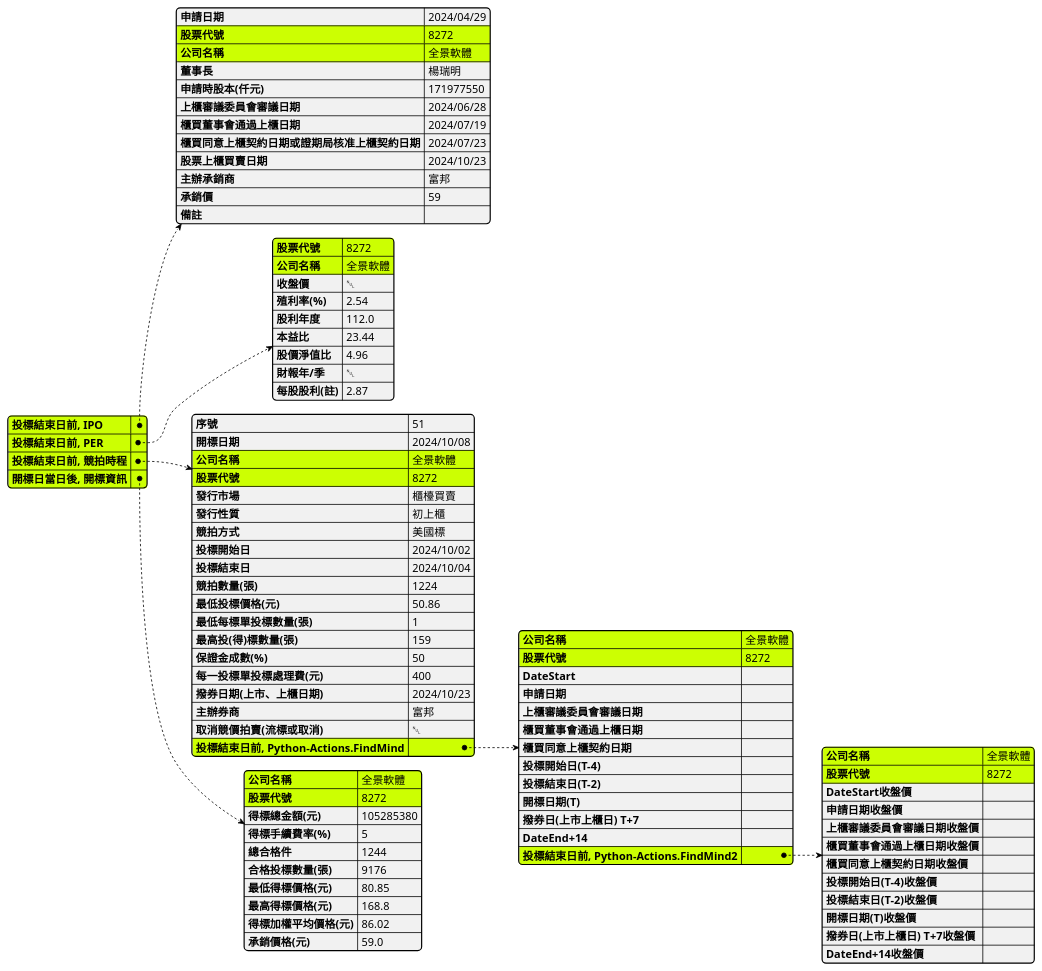
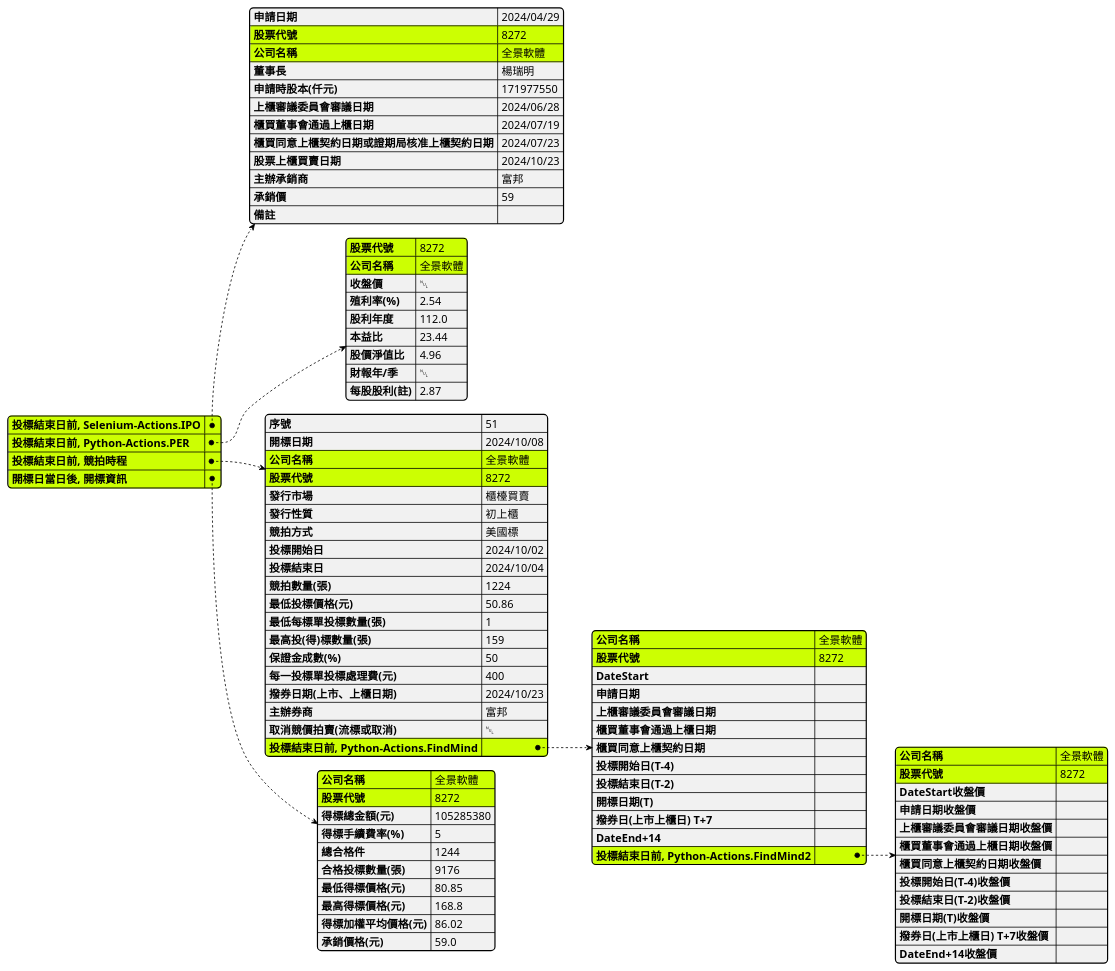
One commit to wenchiehlee/Selenium-Actions.Auction changed the diagram in IPO.plantuml. Above: the diagram before and after it, drawn with PlantUML.

```diff
--- a/IPO.plantuml
+++ b/IPO.plantuml
@@ -1,128 +1,128 @@
 @startjson
 
 skinparam BoxPadding 10
 skinparam actorStyle awesome
 skinparam LegendBorderThickness 1
 skinparam backgroundColor transparent
 
-#highlight  "投標結束日前, IPO"
+#highlight  "投標結束日前, Selenium-Actions.IPO"
 
-#highlight  "投標結束日前, IPO" / "股票代號"
-#highlight  "投標結束日前, IPO" / "公司名稱"
+#highlight  "投標結束日前, Selenium-Actions.IPO" / "股票代號"
+#highlight  "投標結束日前, Selenium-Actions.IPO" / "公司名稱"
 
-#highlight  "投標結束日前, PER"
+#highlight  "投標結束日前, Python-Actions.PER"
 
-#highlight  "投標結束日前, PER" / "股票代號"
-#highlight  "投標結束日前, PER" / "公司名稱"
+#highlight  "投標結束日前, Python-Actions.PER" / "股票代號"
+#highlight  "投標結束日前, Python-Actions.PER" / "公司名稱"
 
 #highlight  "投標結束日前, 競拍時程"
 
 #highlight  "投標結束日前, 競拍時程" / "股票代號"
 #highlight  "投標結束日前, 競拍時程" / "公司名稱"
 
 #highlight  "投標結束日前, 競拍時程" / "投標結束日前, Python-Actions.FindMind"
 
 #highlight  "投標結束日前, 競拍時程" / "投標結束日前, Python-Actions.FindMind" / "股票代號"
 #highlight  "投標結束日前, 競拍時程" / "投標結束日前, Python-Actions.FindMind" / "公司名稱"
 
 #highlight  "投標結束日前, 競拍時程" / "投標結束日前, Python-Actions.FindMind" / "投標結束日前, Python-Actions.FindMind2"
 
 #highlight  "投標結束日前, 競拍時程" / "投標結束日前, Python-Actions.FindMind" / "投標結束日前, Python-Actions.FindMind2" / "股票代號"
 #highlight  "投標結束日前, 競拍時程" / "投標結束日前, Python-Actions.FindMind" / "投標結束日前, Python-Actions.FindMind2" / "公司名稱"
 
 #highlight  "開標日當日後, 開標資訊"
 
 #highlight  "開標日當日後, 開標資訊" / "股票代號"
 #highlight  "開標日當日後, 開標資訊" / "公司名稱"
 
 
 {
-  "投標結束日前, IPO":     {
+  "投標結束日前, Selenium-Actions.IPO":     {
   "申請日期": "2024/04/29",
   "股票代號": "8272",
   "公司名稱": "全景軟體",
   "董事長": "楊瑞明",
   "申請時股本(仟元)": 171977550,
   "上櫃審議委員會審議日期": "2024/06/28",
   "櫃買董事會通過上櫃日期": "2024/07/19",
   "櫃買同意上櫃契約日期或證期局核准上櫃契約日期": "2024/07/23",
   "股票上櫃買賣日期": "2024/10/23",
   "主辦承銷商": "富邦",
   "承銷價": 59,
   "備註": ""
     },
 
-  "投標結束日前, PER":     {
+  "投標結束日前, Python-Actions.PER":     {
         "股票代號": "8272",
         "公司名稱": "全景軟體",
         "收盤價": null,
         "殖利率(%)": 2.54,
         "股利年度": 112.0,
         "本益比": 23.44,
         "股價淨值比": 4.96,
         "財報年/季": null,
         "每股股利(註)": 2.87
     },
   "投標結束日前, 競拍時程":     {
         "序號": 51,
         "開標日期": "2024/10/08",
         "公司名稱": "全景軟體",
         "股票代號": "8272",
         "發行市場": "櫃檯買賣",
         "發行性質": "初上櫃",
         "競拍方式": "美國標",
         "投標開始日": "2024/10/02",
         "投標結束日": "2024/10/04",
         "競拍數量(張)": 1224,
         "最低投標價格(元)": 50.86,
         "最低每標單投標數量(張)": 1,
         "最高投(得)標數量(張)": 159,
         "保證金成數(%)": 50,
         "每一投標單投標處理費(元)": 400,
         "撥券日期(上市、上櫃日期)": "2024/10/23",
         "主辦券商": "富邦",
         "取消競價拍賣(流標或取消)": null,
 
         "投標結束日前, Python-Actions.FindMind": {
         "公司名稱": "全景軟體",
         "股票代號": "8272",
         "DateStart":"",
         "申請日期": "",
         "上櫃審議委員會審議日期":"",
         "櫃買董事會通過上櫃日期":"",
         "櫃買同意上櫃契約日期":"",
         "投標開始日(T-4)":"",
         "投標結束日(T-2)":"",
         "開標日期(T)":"",
         "撥券日(上市上櫃日) T+7":"",
         "DateEnd+14":"",
         "投標結束日前, Python-Actions.FindMind2": {
         "公司名稱": "全景軟體",
         "股票代號": "8272",
         "DateStart收盤價":"",
         "申請日期收盤價": "",
         "上櫃審議委員會審議日期收盤價":"",
         "櫃買董事會通過上櫃日期收盤價":"",
         "櫃買同意上櫃契約日期收盤價":"",
         "投標開始日(T-4)收盤價":"",
         "投標結束日(T-2)收盤價":"",
         "開標日期(T)收盤價":"",
         "撥券日(上市上櫃日) T+7收盤價":"",
         "DateEnd+14收盤價":""
         }
         }
     },
   "開標日當日後, 開標資訊": {
     "公司名稱": "全景軟體",
     "股票代號": "8272",
     "得標總金額(元)": 105285380,
     "得標手續費率(%)": 5,
     "總合格件": 1244,
     "合格投標數量(張)": 9176,
     "最低得標價格(元)": 80.85,
     "最高得標價格(元)": 168.8,
     "得標加權平均價格(元)": 86.02,
     "承銷價格(元)": 59.0
   }
 }
 @endjson
```
